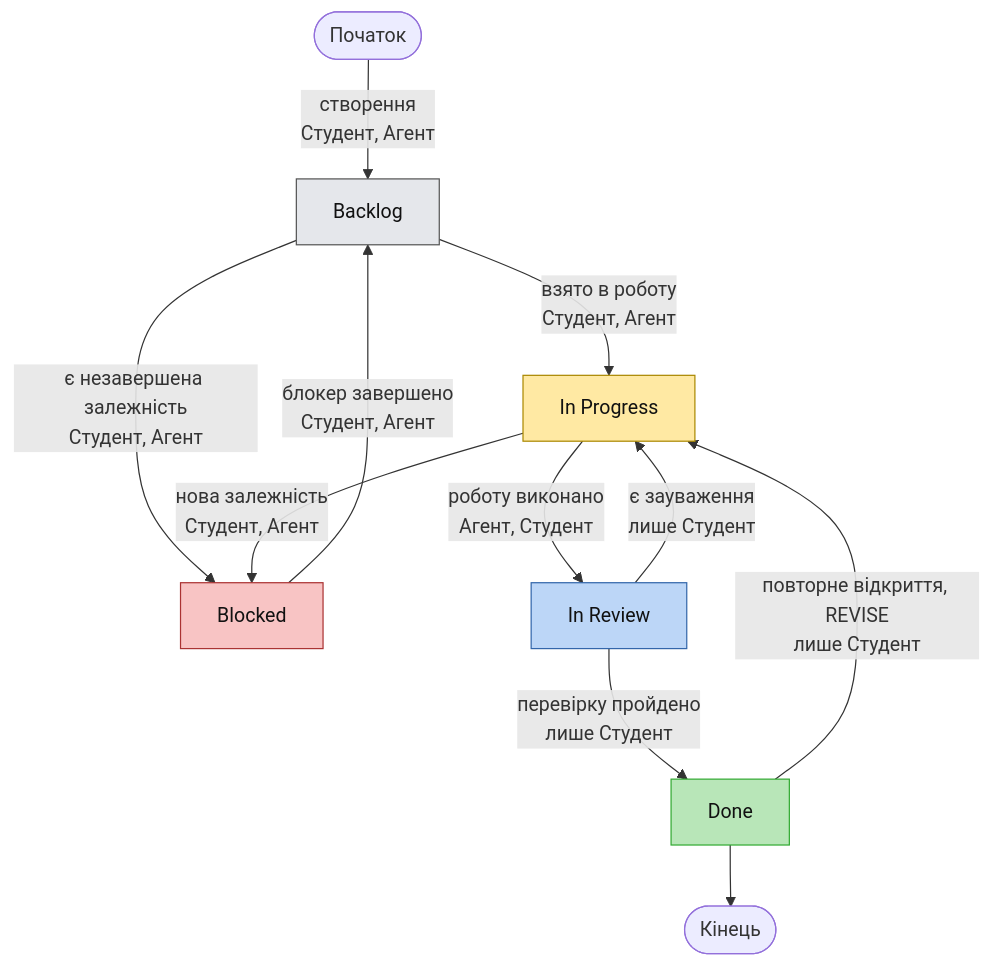
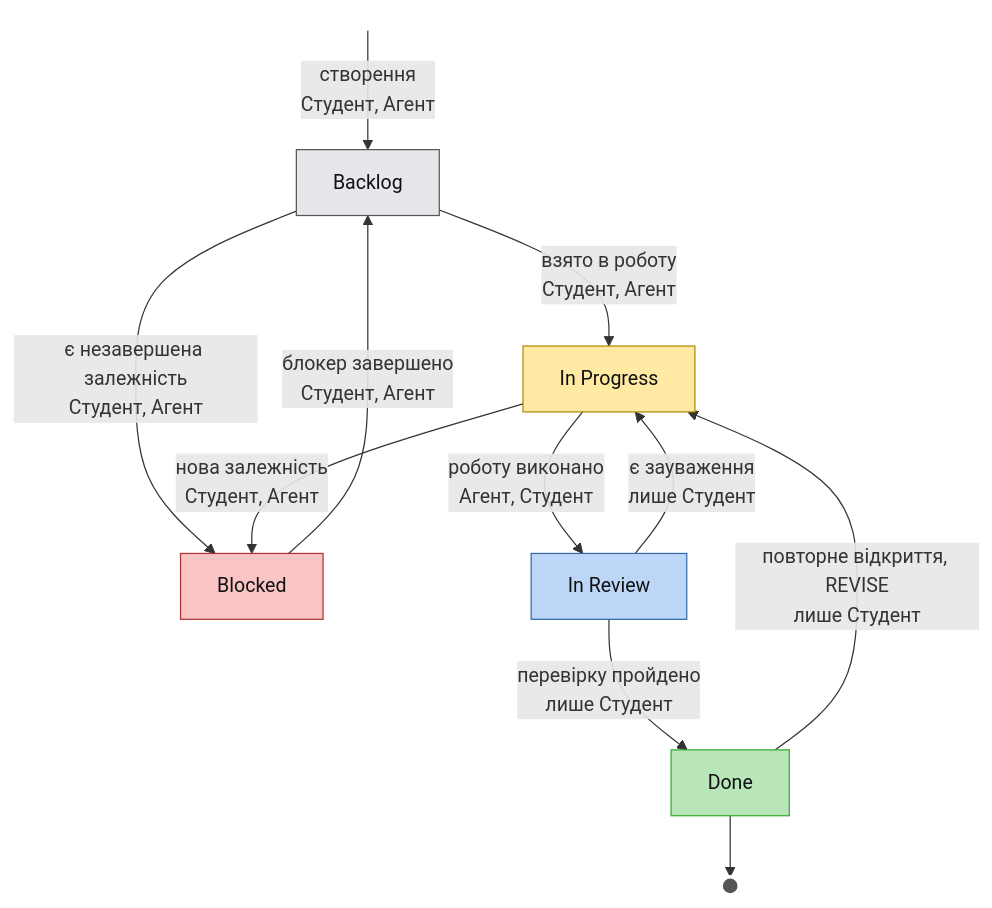
The diagram in plan/workflow.md (KovalSS/library-system), drawn with Mermaid before and after one commit.

Commit message:
docs: use small start/end circles in lifecycle diagram

````diff
--- a/plan/workflow.md
+++ b/plan/workflow.md
@@ -9,19 +9,21 @@
 ```mermaid
 flowchart TD
-    START(["Початок"]) -->|"створення<br/>Студент, Агент"| BL["Backlog"]
+    START((" ")) -->|"створення<br/>Студент, Агент"| BL["Backlog"]
     BL -->|"є незавершена залежність<br/>Студент, Агент"| BK["Blocked"]
     BK -->|"блокер завершено<br/>Студент, Агент"| BL
     BL -->|"взято в роботу<br/>Студент, Агент"| IP["In Progress"]
     IP -->|"нова залежність<br/>Студент, Агент"| BK
     IP -->|"роботу виконано<br/>Агент, Студент"| IR["In Review"]
     IR -->|"є зауваження<br/>лише Студент"| IP
     IR -->|"перевірку пройдено<br/>лише Студент"| DN["Done"]
     DN -->|"повторне відкриття, REVISE<br/>лише Студент"| IP
-    DN --> END(["Кінець"])
+    DN --> END((" "))
 
+    style START fill:#fff,stroke:#fff
+    style END fill:#555,stroke:#fff,stroke-width:3px
     style BL fill:#e5e7eb,stroke:#555,color:#111
     style BK fill:#f8c4c4,stroke:#a33,color:#111
     style IP fill:#ffe9a3,stroke:#a80,color:#111
     style IR fill:#bcd6f7,stroke:#36a,color:#111
     style DN fill:#b8e6b8,stroke:#3a3,color:#111
 ```
````
